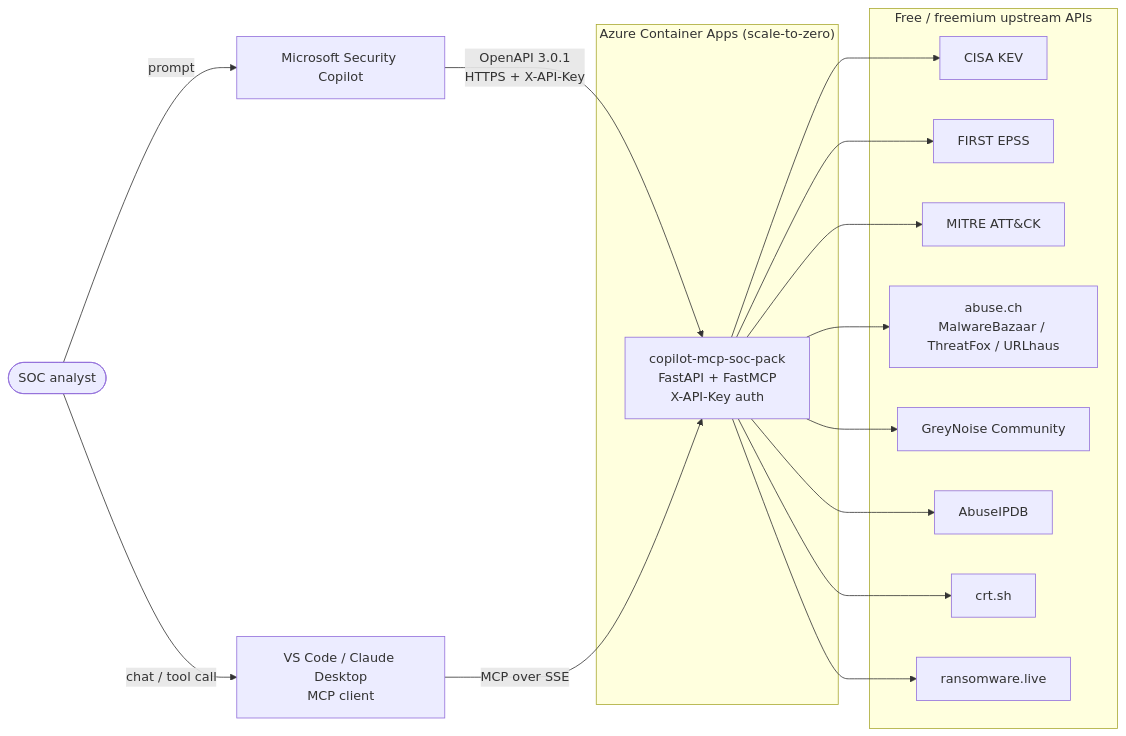
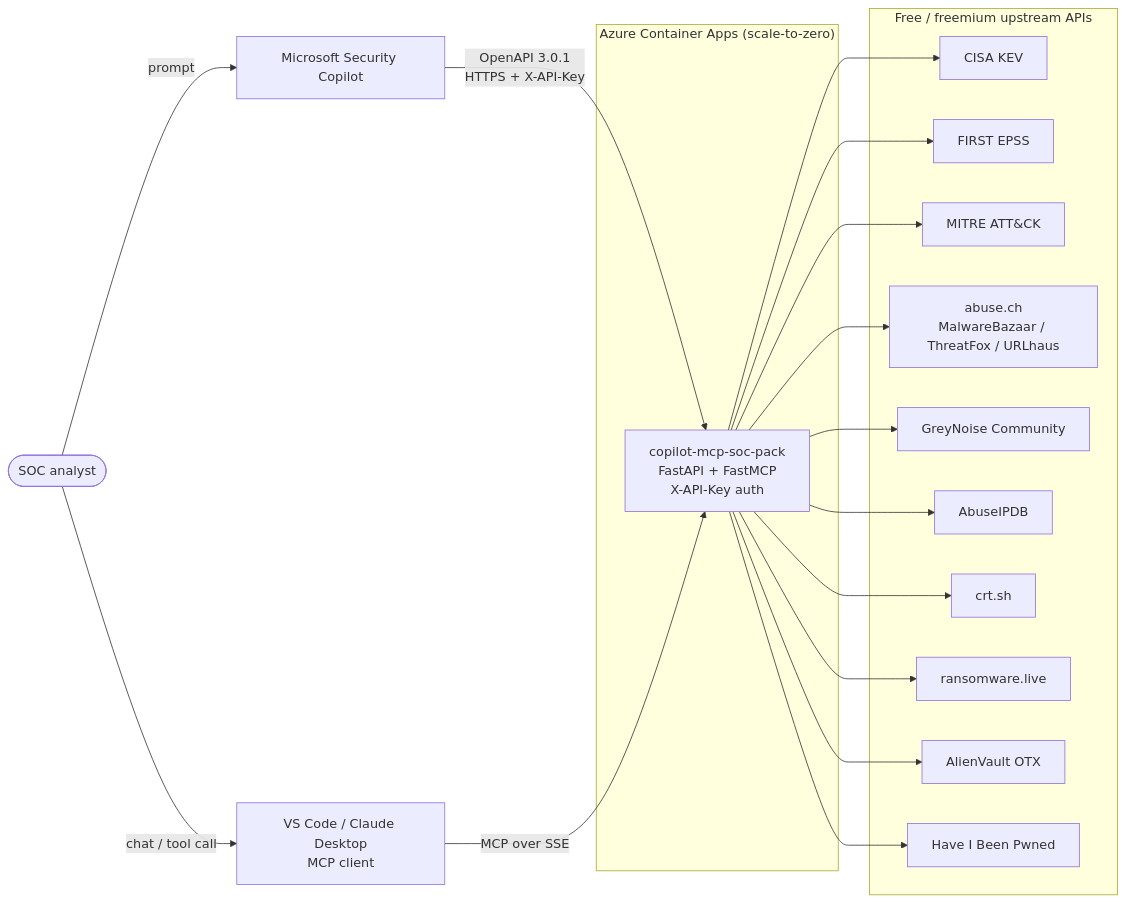
One commit to NobufumiMurata/copilot-mcp-soc-pack changed the diagram in README.md. Above: the diagram before and after it, drawn with Mermaid. The commit also changed other lines of this file and 8 other files, not shown here.

First line of the commit message:
feat: add AlienVault OTX and Have I Been Pwned tools

````diff
--- a/README.md
+++ b/README.md
@@ -57,34 +60,38 @@
 ```mermaid
 flowchart LR
     User([SOC analyst])
     SC[Microsoft Security Copilot]
     VSC[VS Code / Claude Desktop<br/>MCP client]
 
     subgraph Azure["Azure Container Apps (scale-to-zero)"]
         App["copilot-mcp-soc-pack<br/>FastAPI + FastMCP<br/>X-API-Key auth"]
     end
 
     subgraph Upstream["Free / freemium upstream APIs"]
         KEV[CISA KEV]
         EPSS[FIRST EPSS]
         ATTACK[MITRE ATT&CK]
         ABUSECH[abuse.ch<br/>MalwareBazaar / ThreatFox / URLhaus]
         GN[GreyNoise Community]
         AIPDB[AbuseIPDB]
         CRTSH[crt.sh]
         RWLIVE[ransomware.live]
+        OTX[AlienVault OTX]
+        HIBP[Have I Been Pwned]
     end
 
     User -->|prompt| SC
     User -->|chat / tool call| VSC
     SC -->|OpenAPI 3.0.1<br/>HTTPS + X-API-Key| App
     VSC -->|MCP over SSE| App
     App --> KEV
     App --> EPSS
     App --> ATTACK
     App --> ABUSECH
     App --> GN
     App --> AIPDB
     App --> CRTSH
     App --> RWLIVE
+    App --> OTX
+    App --> HIBP
 ```
````
